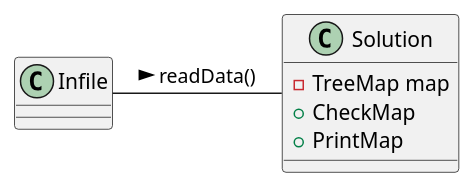
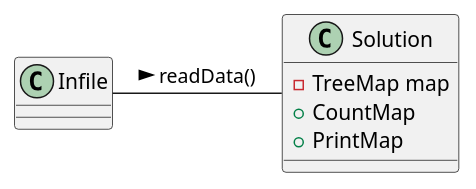
The diagram in exercise46/docs/diagram.puml (Scootifer/schimpf-a04), drawn with PlantUML before and after one commit. The commit also changed 3 other files, not shown here.

```diff
--- a/exercise46/docs/diagram.puml
+++ b/exercise46/docs/diagram.puml
@@ -1,13 +1,13 @@
 @startuml
 'https://plantuml.com/class-diagram
 
 class Solution {
     -TreeMap map
-    +CheckMap
+    +CountMap
     +PrintMap
 }
 
 Infile - Solution: readData() >
 
 
 @enduml
```
